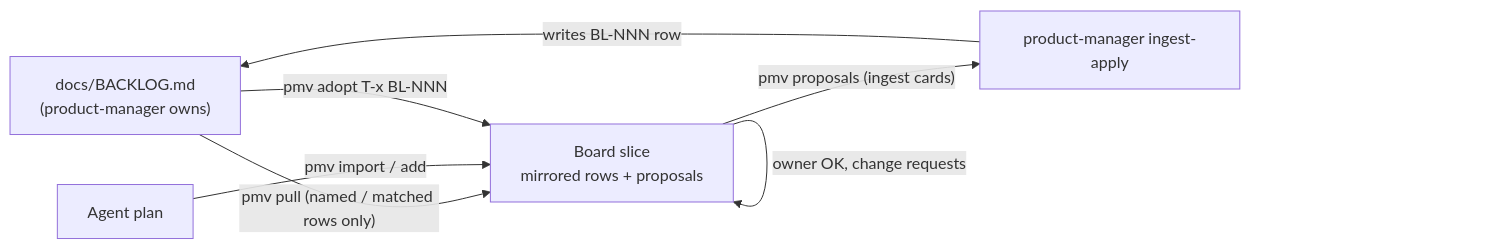
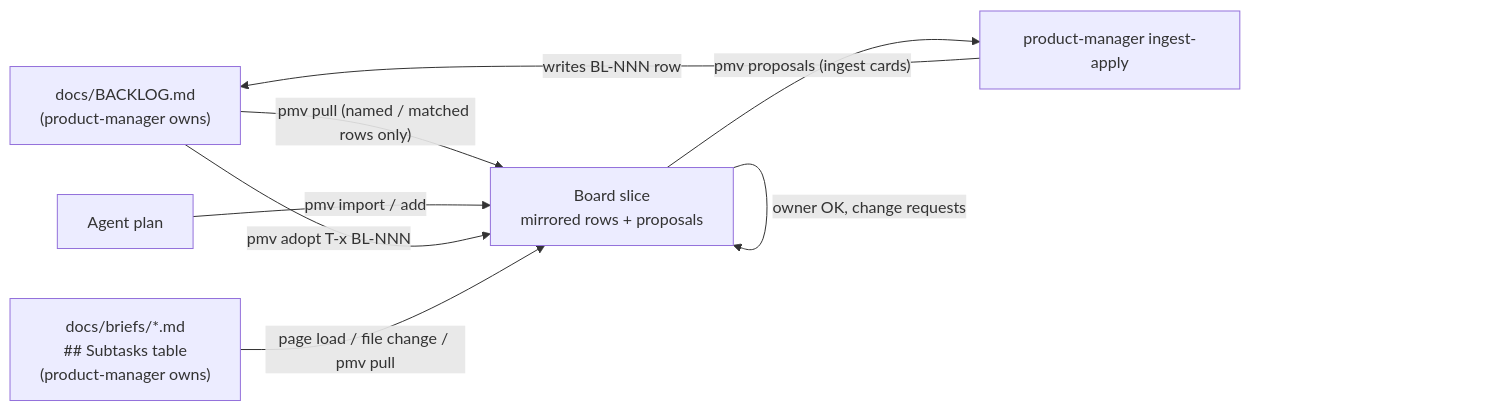
Before and after one commit to timhuang1018/pm-visual-tool: the diagram in doc/backlog-bridge.md, drawn with Mermaid. The commit also changed other lines of this file and 27 other files, not shown here.

First line of the commit message:
PM Visual 1.2.0: subtasks from briefs, a board that keeps itself current

````diff
--- a/doc/backlog-bridge.md
+++ b/doc/backlog-bridge.md
@@ -8,9 +8,10 @@
 ```mermaid
 flowchart LR
   BL["docs/BACKLOG.md\n(product-manager owns)"] -- "pmv pull (named / matched rows only)" --> B["Board slice\nmirrored rows + proposals"]
   A["Agent plan"] -- "pmv import / add" --> B
   B -- "owner OK, change requests" --> B
   B -- "pmv proposals (ingest cards)" --> PM["product-manager ingest-apply"]
   PM -- "writes BL-NNN row" --> BL
   BL -- "pmv adopt T-x BL-NNN" --> B
+  BR["docs/briefs/*.md\n## Subtasks table\n(product-manager owns)"] -- "page load / file change / pmv pull" --> B
 ```
````
